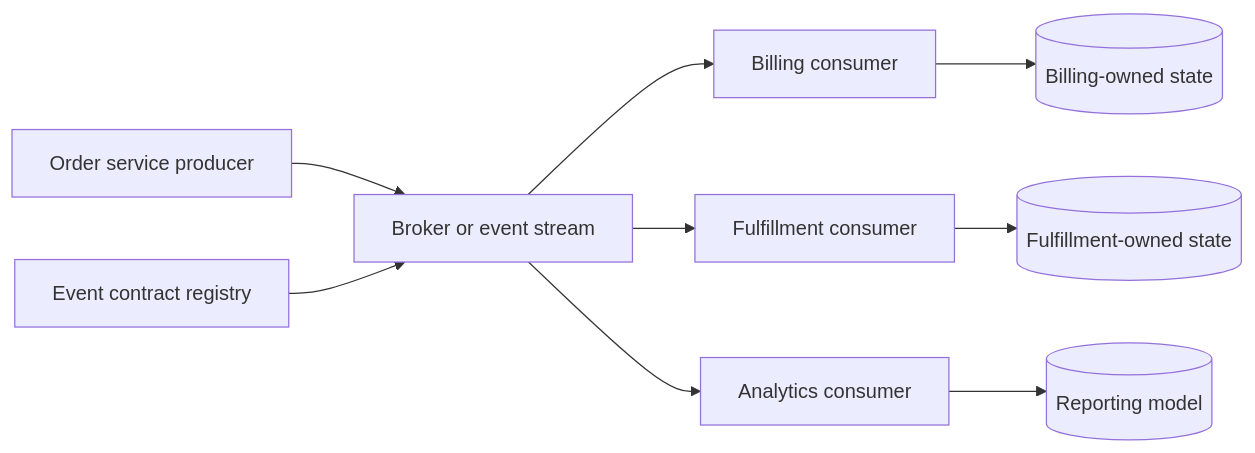
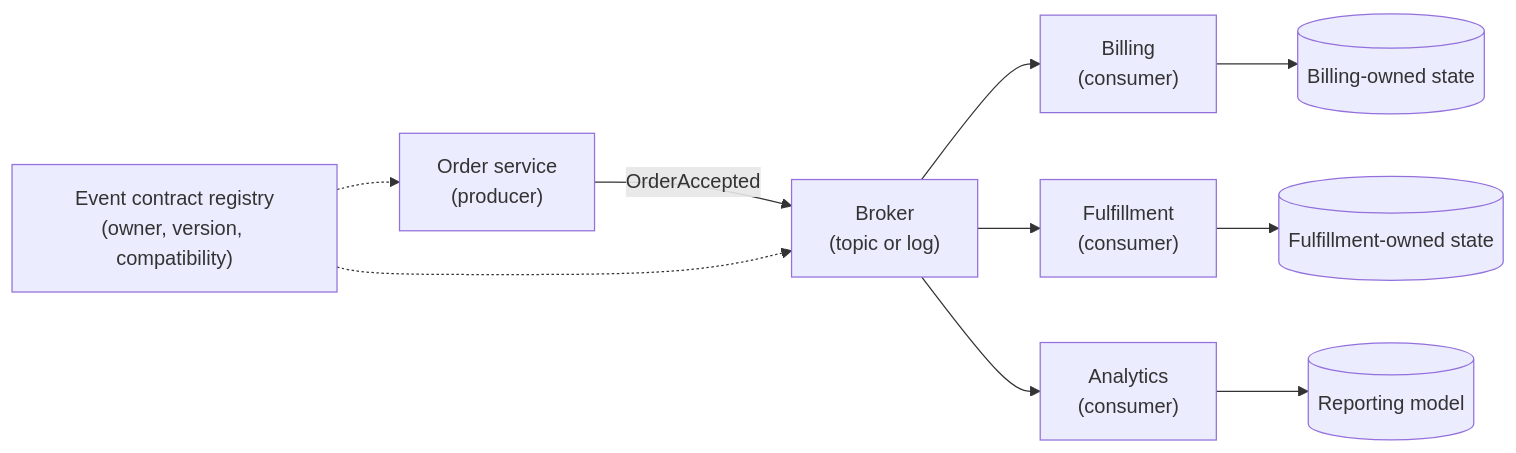
Before and after one commit to joydasss/Architect: the first of 17 diagrams in 20_Architecture_Patterns/CH07_Event_Driven_Architecture.md, drawn with Mermaid. The commit also changed other lines of this file and 295 other files, not shown here.

````diff
--- a/20_Architecture_Patterns/CH07_Event_Driven_Architecture.md
+++ b/20_Architecture_Patterns/CH07_Event_Driven_Architecture.md
@@ -11,11 +41,12 @@
 ```mermaid
 flowchart LR
-    Order[Order service producer] --> Broker[Broker or event stream]
-    Broker --> Billing[Billing consumer]
-    Broker --> Fulfillment[Fulfillment consumer]
-    Broker --> Analytics[Analytics consumer]
-    Billing --> BillingState[(Billing-owned state)]
-    Fulfillment --> FulfillmentState[(Fulfillment-owned state)]
-    Analytics --> Reporting[(Reporting model)]
-    Registry[Event contract registry] --> Broker
+    Order["Order service<br/>(producer)"] -->|"OrderAccepted"| Broker["Broker<br/>(topic or log)"]
+    Broker --> Billing["Billing<br/>(consumer)"]
+    Broker --> Fulfillment["Fulfillment<br/>(consumer)"]
+    Broker --> Analytics["Analytics<br/>(consumer)"]
+    Billing --> BillingState[("Billing-owned state")]
+    Fulfillment --> FulfillmentState[("Fulfillment-owned state")]
+    Analytics --> Reporting[("Reporting model")]
+    Registry["Event contract registry<br/>(owner, version, compatibility)"] -.-> Broker
+    Registry -.-> Order
 ```
````
